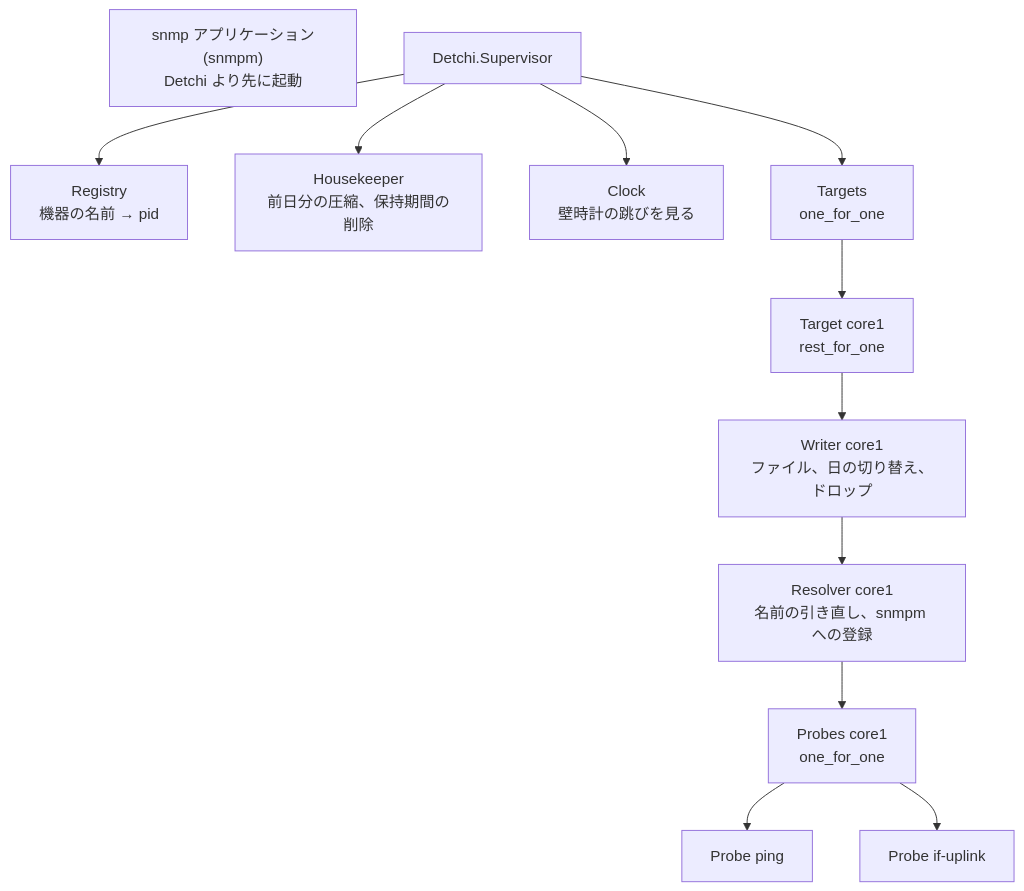
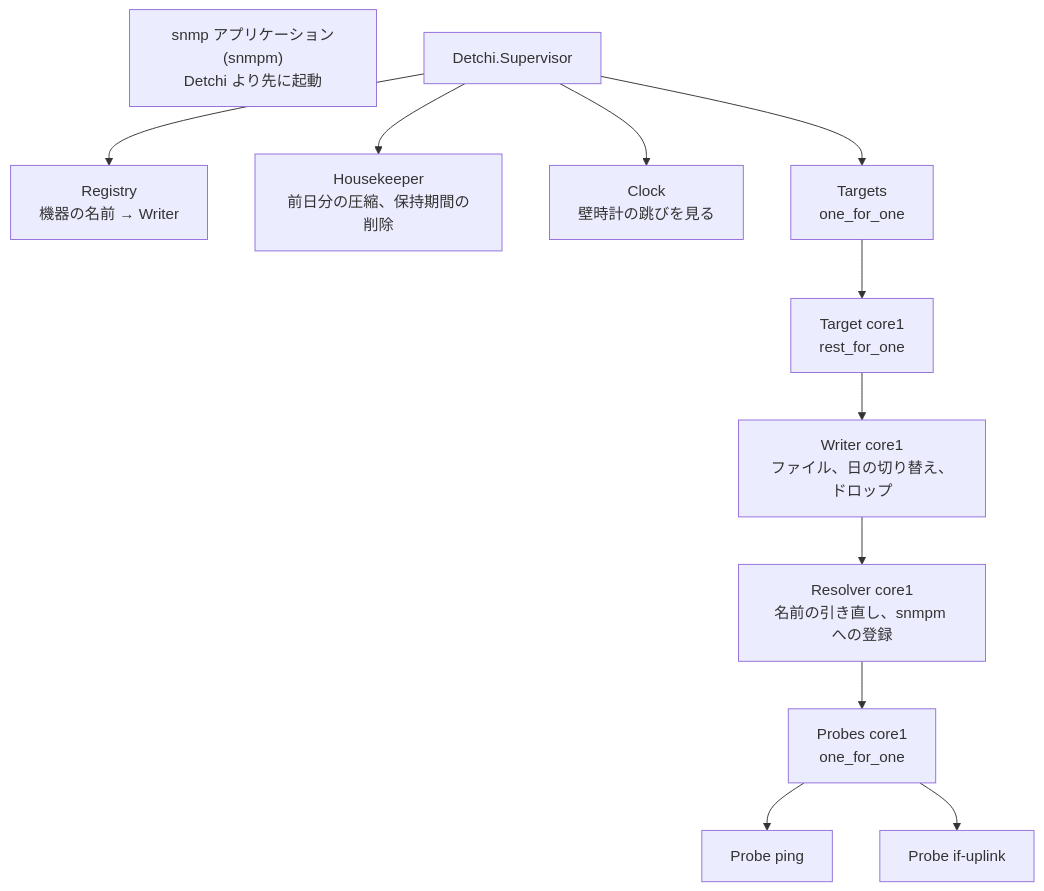
One commit to jolly-jive/Detchi changed the first of 2 diagrams in docs/basic-design.md. Above: the diagram before and after it, drawn with Mermaid. The commit also changed other lines of this file and 8 other files, not shown here.

````diff
--- a/docs/basic-design.md
+++ b/docs/basic-design.md
@@ -69,20 +69,20 @@
 ```mermaid
 flowchart TD
   snmp["snmp アプリケーション(snmpm)<br/>Detchi より先に起動"]
   sup["Detchi.Supervisor"]
-  reg["Registry<br/>機器の名前 → pid"]
+  reg["Registry<br/>機器の名前 → Writer"]
   hk["Housekeeper<br/>前日分の圧縮、保持期間の削除"]
   clk["Clock<br/>壁時計の跳びを見る"]
   tsup["Targets<br/>one_for_one"]
   t1["Target core1<br/>rest_for_one"]
   w1["Writer core1<br/>ファイル、日の切り替え、ドロップ"]
   r1["Resolver core1<br/>名前の引き直し、snmpm への登録"]
   ps1["Probes core1<br/>one_for_one"]
   p1["Probe ping"]
   p2["Probe if-uplink"]
 
   sup --> reg & hk & clk & tsup
   tsup --> t1
   t1 --> w1 --> r1 --> ps1
   ps1 --> p1 & p2
 ```
````
